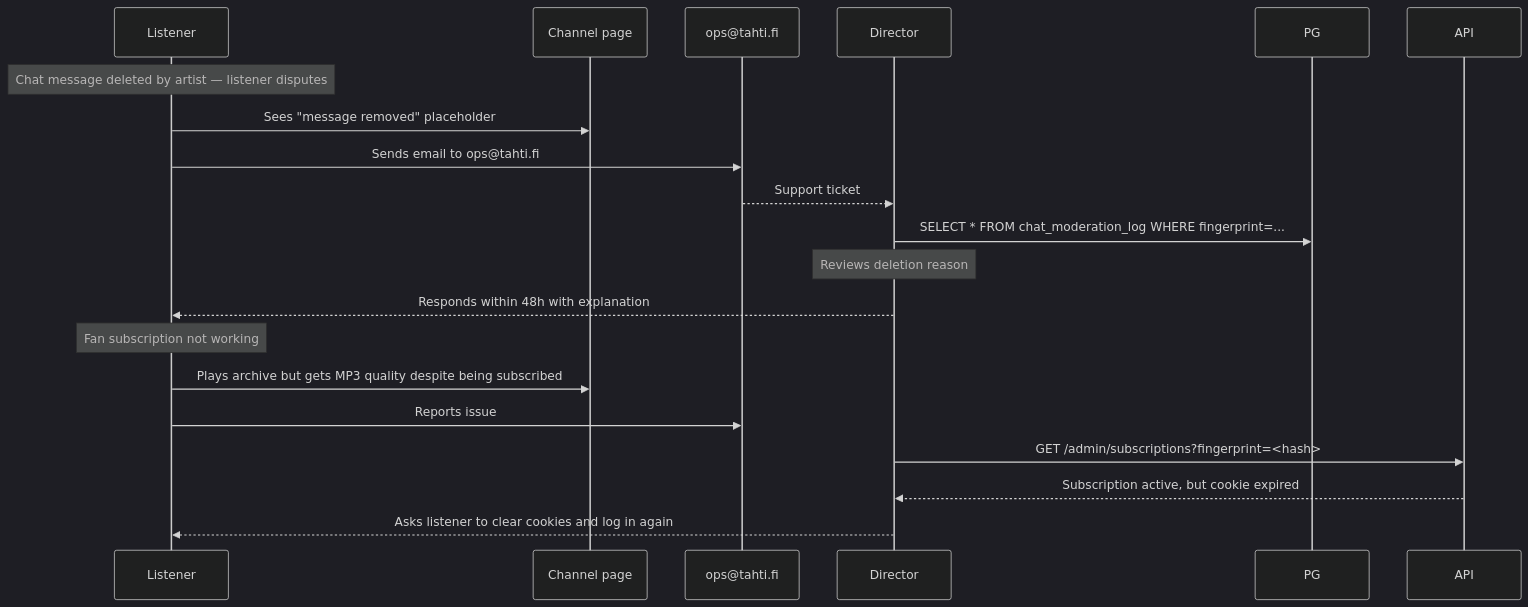
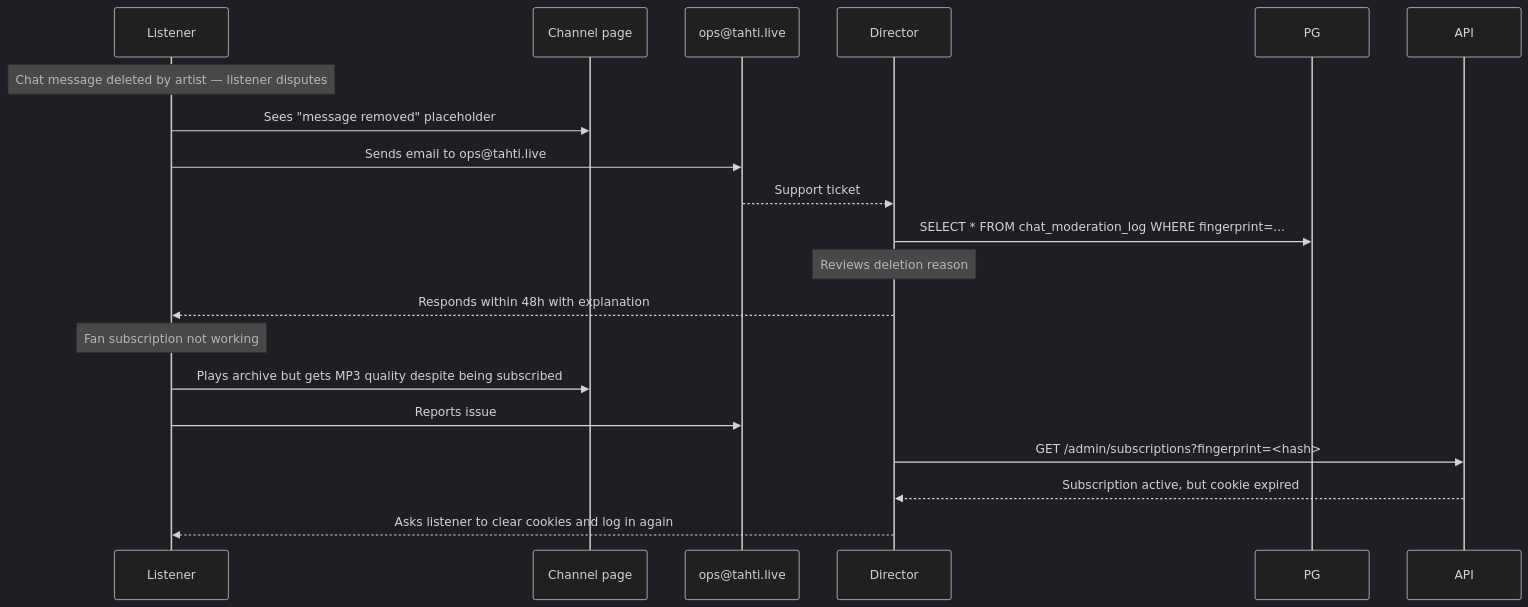
The seventh of 7 diagrams in docs/technical/journey-listener.md (janiluuk/tahti-org), drawn with Mermaid (dark theme) before and after one commit. The commit also changed other lines of this file and 148 other files, not shown here.

First line of the commit message:
feat(m10): member governance, chat polish, domain rename to tahti.live

````diff
--- a/docs/technical/journey-listener.md
+++ b/docs/technical/journey-listener.md
@@ -191,21 +191,21 @@
 ```mermaid
 sequenceDiagram
     participant L as Listener
     participant CH as Channel page
-    participant Email as ops@tahti.fi
+    participant Email as ops@tahti.live
 
     Note over L: Chat message deleted by artist — listener disputes
     L->>CH: Sees "message removed" placeholder
-    L->>Email: Sends email to ops@tahti.fi
+    L->>Email: Sends email to ops@tahti.live
     Email-->>Director: Support ticket
     Director->>PG: SELECT * FROM chat_moderation_log WHERE fingerprint=...
     Note over Director: Reviews deletion reason
     Director-->>L: Responds within 48h with explanation
 
     Note over L: Fan subscription not working
     L->>CH: Plays archive but gets MP3 quality despite being subscribed
     L->>Email: Reports issue
     Director->>API: GET /admin/subscriptions?fingerprint=<hash>
     API-->>Director: Subscription active, but cookie expired
     Director-->>L: Asks listener to clear cookies and log in again
 ```
````
